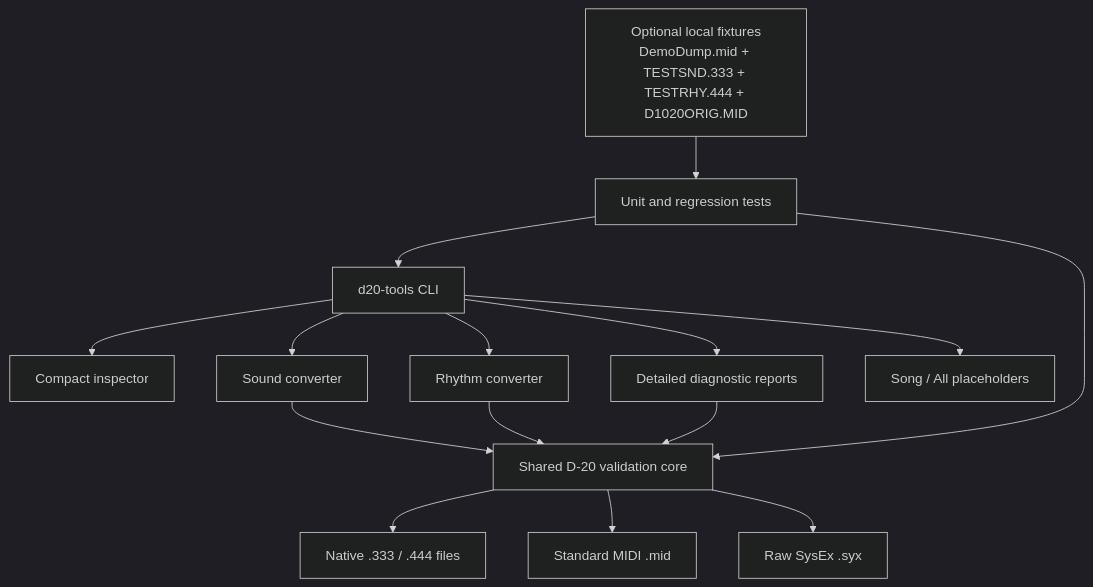
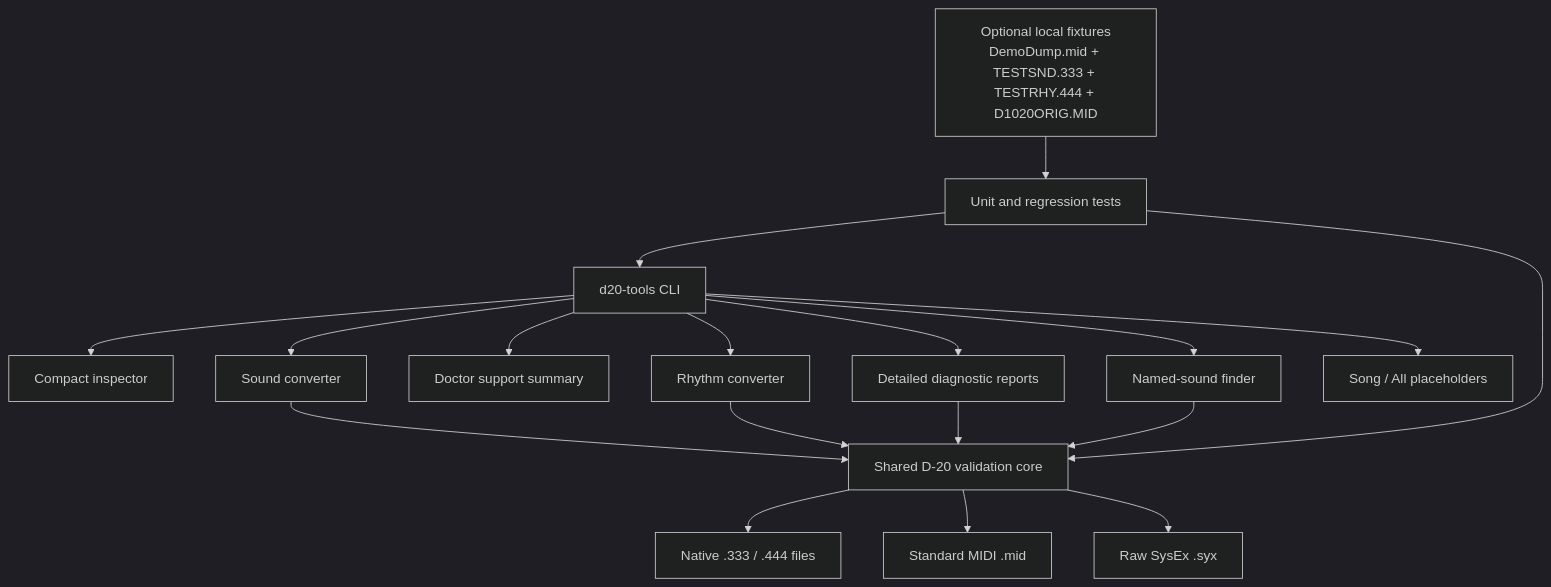
Before and after one commit to rjburrows/roland-d20-tools: the diagram in docs/architecture.md, drawn with Mermaid (dark theme). The commit also changed 8 other files, not shown here.

````diff
--- a/docs/architecture.md
+++ b/docs/architecture.md
@@ -3,17 +3,20 @@
 ```mermaid
 flowchart TD
     CLI[d20-tools CLI] --> I[Compact inspector]
+    CLI --> F[Named-sound finder]
+    CLI --> H[Doctor support summary]
     CLI --> D[Detailed diagnostic reports]
     CLI --> S[Sound converter]
     CLI --> R[Rhythm converter]
     CLI --> W[Song / All placeholders]
     S --> Core[Shared D-20 validation core]
     R --> Core
     D --> Core
+    F --> Core
     Core --> Native[Native .333 / .444 files]
     Core --> Midi[Standard MIDI .mid]
     Core --> Syx[Raw SysEx .syx]
     Tests[Unit and regression tests] --> CLI
     Tests --> Core
     Local[Optional local fixtures\nDemoDump.mid + TESTSND.333 + TESTRHY.444 + D1020ORIG.MID] --> Tests
 ```
````
